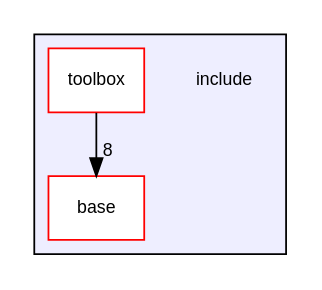
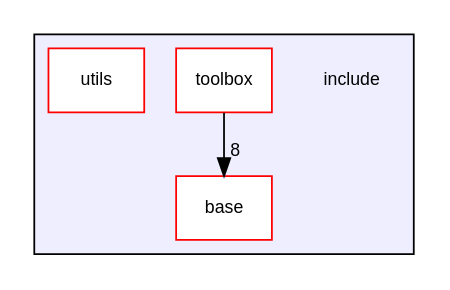
Before and after one commit to duddel/yourgamelib: the diagram in dir_d44c64559bbebec7f509842c48db8b23_dep.dot, drawn with Graphviz. The commit also changed 56 other files, not shown here.

```diff
--- a/dir_d44c64559bbebec7f509842c48db8b23_dep.dot
+++ b/dir_d44c64559bbebec7f509842c48db8b23_dep.dot
@@ -1,12 +1,13 @@
 digraph "/home/runner/work/yourgamelib/yourgamelib/include" {
   compound=true
   node [ fontsize="10", fontname="Helvetica"];
   edge [ labelfontsize="10", labelfontname="Helvetica"];
   subgraph clusterdir_d44c64559bbebec7f509842c48db8b23 {
     graph [ bgcolor="#eeeeff", pencolor="black", label="" URL="dir_d44c64559bbebec7f509842c48db8b23.html"];
     dir_d44c64559bbebec7f509842c48db8b23 [shape=plaintext label="include"];
     dir_ab1c81409f0df724f17c9ef30afee877 [shape=box label="base" color="red" fillcolor="white" style="filled" URL="dir_ab1c81409f0df724f17c9ef30afee877.html"];
     dir_dc8d4286420b7aa8efcc9a53b027321f [shape=box label="toolbox" color="red" fillcolor="white" style="filled" URL="dir_dc8d4286420b7aa8efcc9a53b027321f.html"];
+    dir_821002d4f10779a80d4fb17bc32f21f1 [shape=box label="utils" color="red" fillcolor="white" style="filled" URL="dir_821002d4f10779a80d4fb17bc32f21f1.html"];
   }
   dir_dc8d4286420b7aa8efcc9a53b027321f->dir_ab1c81409f0df724f17c9ef30afee877 [headlabel="8", labeldistance=1.5 headhref="dir_000003_000001.html"];
 }
```
